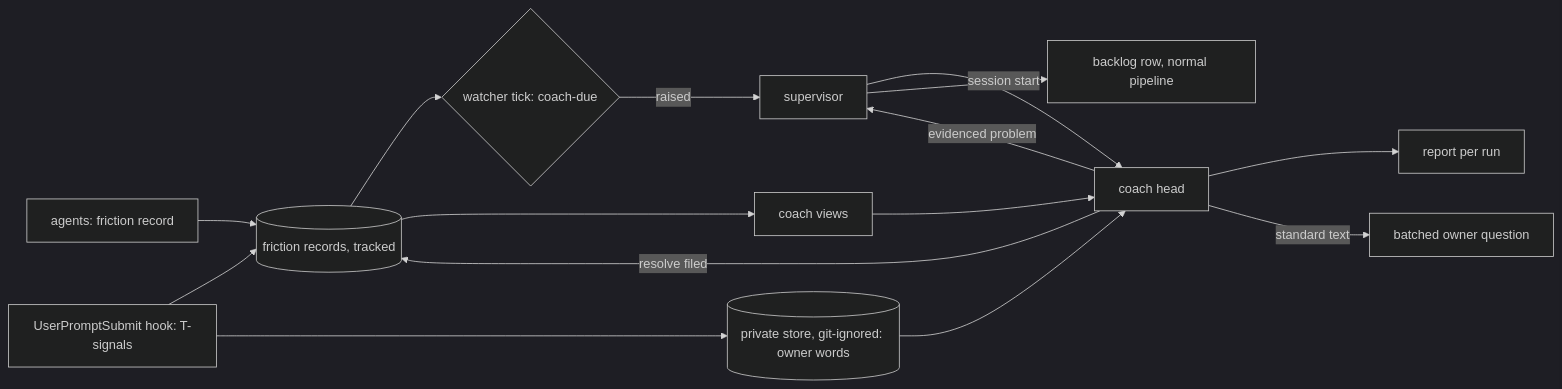
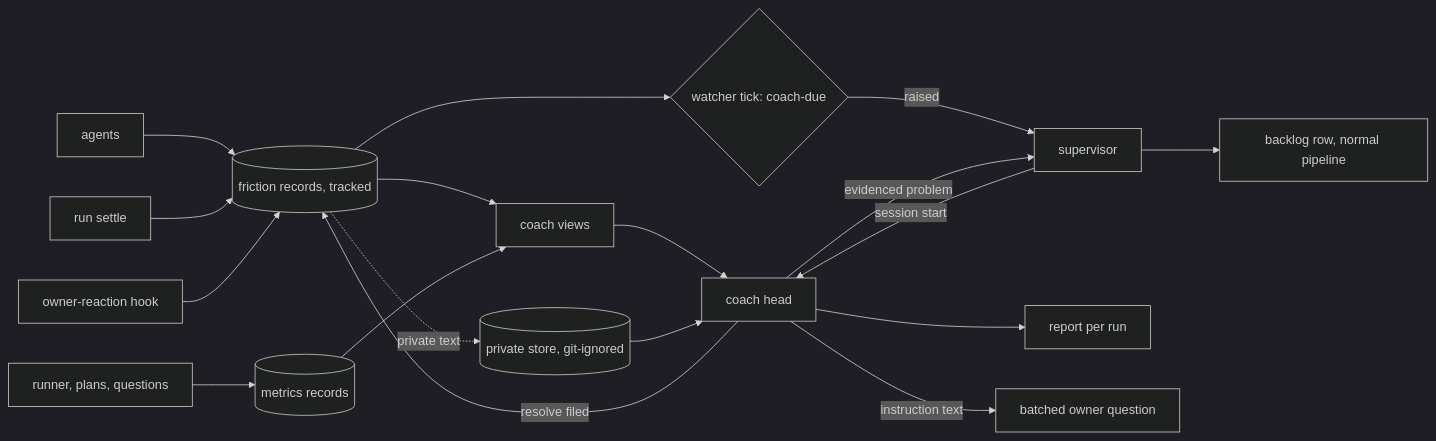
The diagram in plans/discussions/ds-abplbwphmm-coach-agent-and-observe-views/DISCUSSION.md (vantt/forgent), drawn with Mermaid (dark theme) before and after one commit. The commit also changed other lines of this file, not shown here.

````diff
--- a/plans/discussions/ds-abplbwphmm-coach-agent-and-observe-views/DISCUSSION.md
+++ b/plans/discussions/ds-abplbwphmm-coach-agent-and-observe-views/DISCUSSION.md
@@ -81,17 +85,20 @@
 ```mermaid
 flowchart LR
-  A[agents: friction record] --> F[(friction records, tracked)]
-  H[UserPromptSubmit hook: T-signals] --> F
-  H --> P[(private store, git-ignored: owner words)]
+  P1[agents] --> F[(friction records, tracked)]
+  P2[run settle] --> F
+  P3[owner-reaction hook] --> F
+  P4[runner, plans, questions] --> M[(metrics records)]
+  F -. private text .-> X[(private store, git-ignored)]
   F --> W{watcher tick: coach-due}
   W -- raised --> S[supervisor]
   S -- session start --> C[coach head]
   F --> V[coach views]
+  M --> V
   V --> C
-  P --> C
+  X --> C
   C --> R[report per run]
-  C -- standard text --> Q[batched owner question]
+  C -- instruction text --> Q[batched owner question]
   C -- evidenced problem --> S
   S --> B[backlog row, normal pipeline]
   C -- resolve filed --> F
 ```
````
